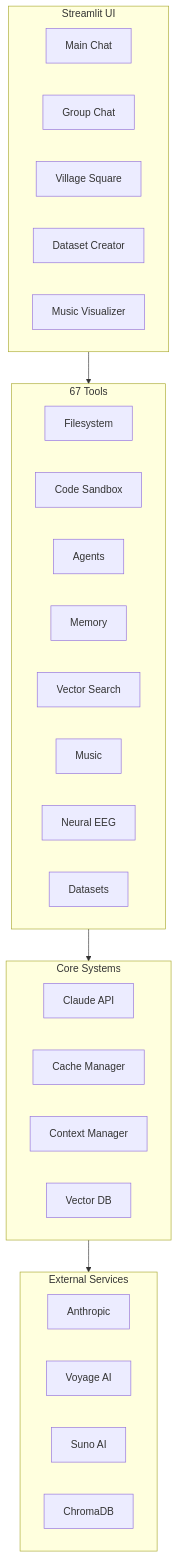
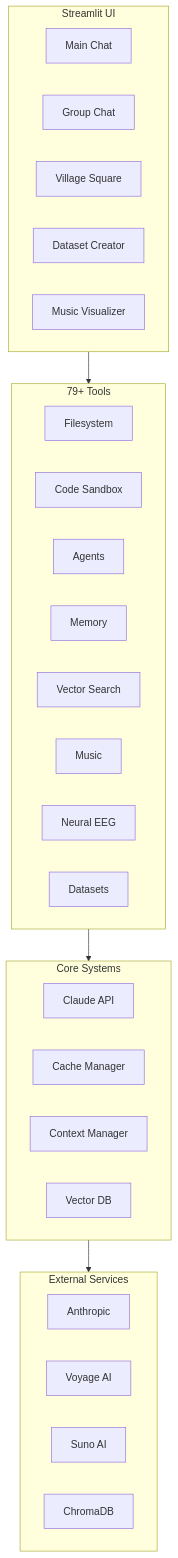
One commit to buckster123/ApexAurum changed the third of 3 diagrams in README.md. Above: the diagram before and after it, drawn with Mermaid. The commit also changed other lines of this file and 1 other file, not shown here.

First line of the commit message:
Update README: 79+ tools, Hailo-10H, FastAPI Lab Edition

````diff
--- a/README.md
+++ b/README.md
@@ -207,43 +250,43 @@
 ```mermaid
 flowchart TB
     subgraph UI[Streamlit UI]
         direction LR
         MAIN[Main Chat]
         GC[Group Chat]
         VS[Village Square]
         DC[Dataset Creator]
         MV[Music Visualizer]
     end
 
-    subgraph TOOLS[67 Tools]
+    subgraph TOOLS[79+ Tools]
         direction LR
         T1[Filesystem]
         T2[Code Sandbox]
         T3[Agents]
         T4[Memory]
         T5[Vector Search]
         T6[Music]
         T7[Neural EEG]
         T8[Datasets]
     end
 
     subgraph CORE[Core Systems]
         direction LR
         API[Claude API]
         CACHE[Cache Manager]
         CTX[Context Manager]
         VDB[Vector DB]
     end
 
     subgraph EXT[External Services]
         direction LR
         CLAUDE[Anthropic]
         VOYAGE[Voyage AI]
         SUNO[Suno AI]
         CHROMA[ChromaDB]
     end
 
     UI --> TOOLS
     TOOLS --> CORE
     CORE --> EXT
 ```
````
